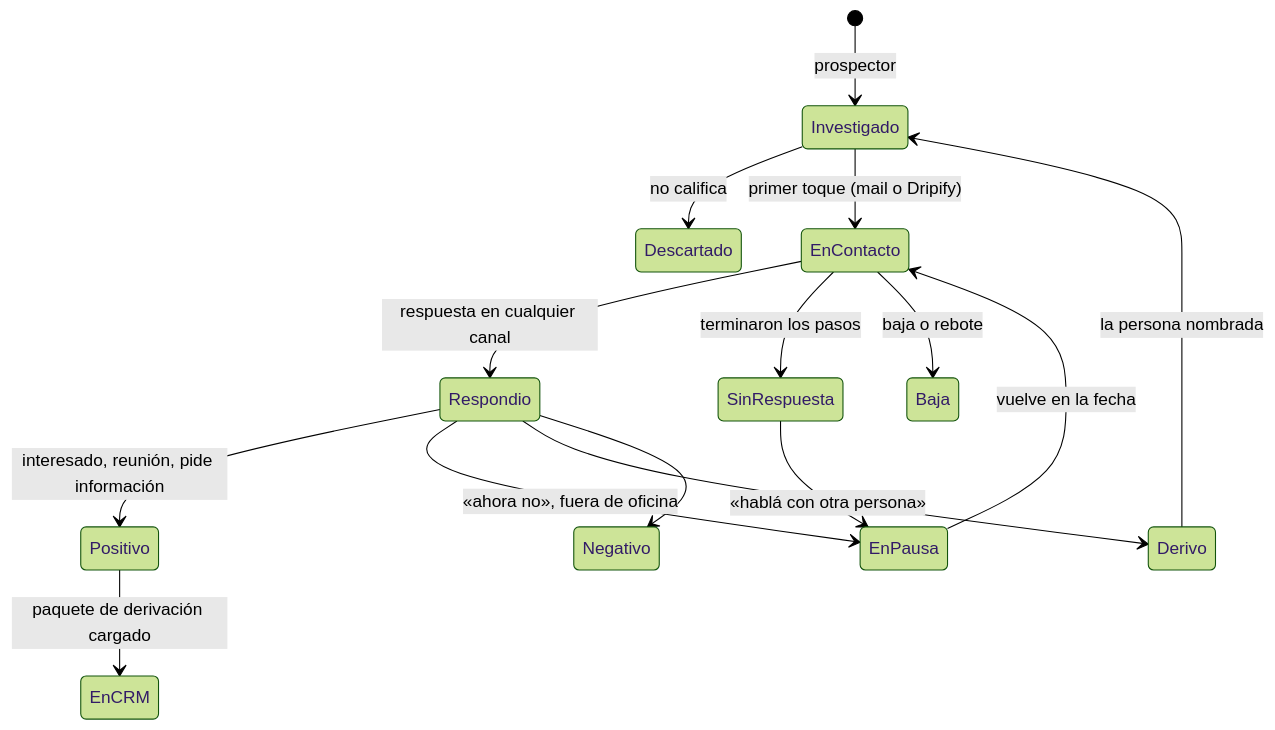
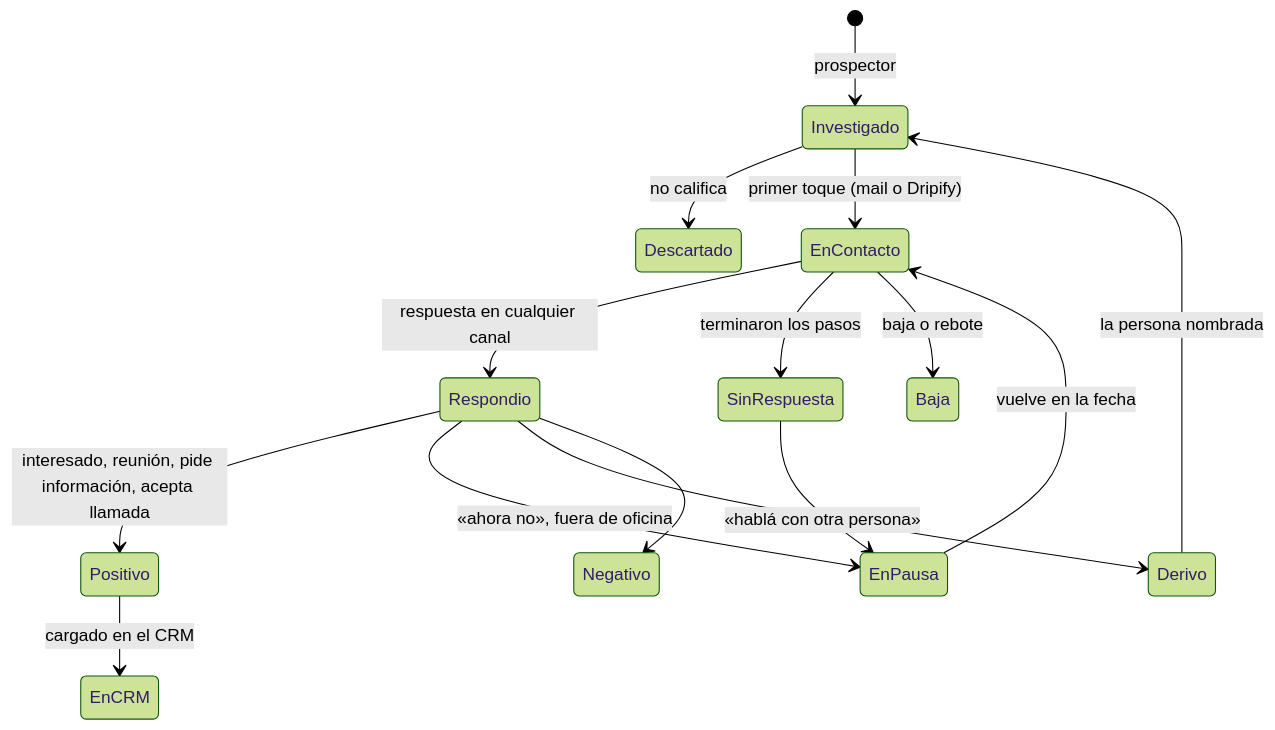
Before and after one commit to ignaciocuffia86/sdrbot: the diagram in docs/11-datos-crm-y-seguimiento.md, drawn with Mermaid (forest theme). The commit also changed other lines of this file and 3 other files, not shown here.

````diff
--- a/docs/11-datos-crm-y-seguimiento.md
+++ b/docs/11-datos-crm-y-seguimiento.md
@@ -74,17 +76,17 @@
 ```mermaid
 stateDiagram-v2
   [*] --> Investigado: prospector
   Investigado --> Descartado: no califica
   Investigado --> EnContacto: primer toque (mail o Dripify)
   EnContacto --> Respondio: respuesta en cualquier canal
   EnContacto --> SinRespuesta: terminaron los pasos
   EnContacto --> Baja: baja o rebote
-  Respondio --> Positivo: interesado, reunión, pide información
+  Respondio --> Positivo: interesado, reunión, pide información, acepta llamada
   Respondio --> EnPausa: «ahora no», fuera de oficina
   Respondio --> Derivo: «hablá con otra persona»
   Respondio --> Negativo
-  Positivo --> EnCRM: paquete de derivación cargado
+  Positivo --> EnCRM: cargado en el CRM
   Derivo --> Investigado: la persona nombrada
   SinRespuesta --> EnPausa
   EnPausa --> EnContacto: vuelve en la fecha
 ```
````
